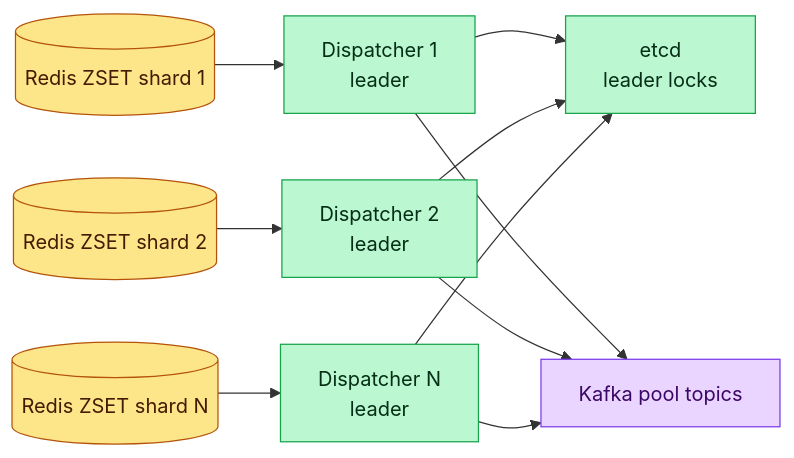
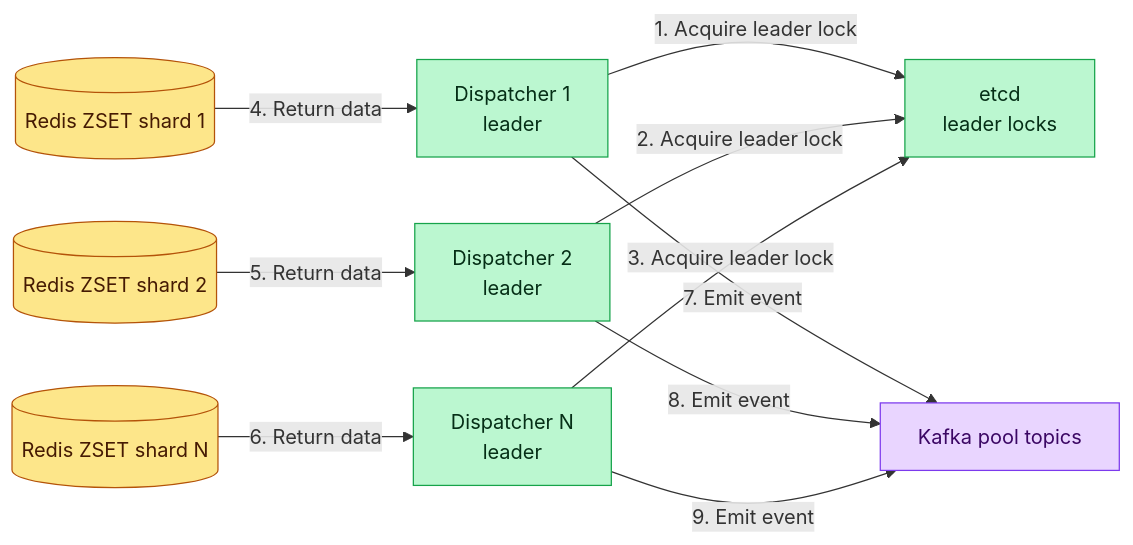
Before and after one commit to iluzn/HLD-Designs: the sixth of 11 diagrams in content/hld/JobScheduler.md, drawn with Mermaid. The commit also changed other lines of this file and 27 other files, not shown here.

````diff
--- a/content/hld/JobScheduler.md
+++ b/content/hld/JobScheduler.md
@@ -443,25 +443,25 @@
 ```mermaid
 flowchart LR
     ZSET1[("Redis ZSET shard 1")]:::data
     ZSET2[("Redis ZSET shard 2")]:::data
     ZSET3[("Redis ZSET shard N")]:::data
     D1["Dispatcher 1<br/>leader"]:::service
     D2["Dispatcher 2<br/>leader"]:::service
     D3["Dispatcher N<br/>leader"]:::service
     ETCD["etcd<br/>leader locks"]:::service
     KAFKA["Kafka pool topics"]:::async
 
-    D1 --> ETCD
-    D2 --> ETCD
-    D3 --> ETCD
-    ZSET1 --> D1
-    ZSET2 --> D2
-    ZSET3 --> D3
-    D1 --> KAFKA
-    D2 --> KAFKA
-    D3 --> KAFKA
+    D1 -->|"1. Acquire leader lock"| ETCD
+    D2 -->|"2. Acquire leader lock"| ETCD
+    D3 -->|"3. Acquire leader lock"| ETCD
+    ZSET1 -->|"4. Return data"| D1
+    ZSET2 -->|"5. Return data"| D2
+    ZSET3 -->|"6. Return data"| D3
+    D1 -->|"7. Emit event"| KAFKA
+    D2 -->|"8. Emit event"| KAFKA
+    D3 -->|"9. Emit event"| KAFKA
 
     classDef service fill:#bbf7d0,stroke:#16a34a,color:#052e16
     classDef async fill:#e9d5ff,stroke:#7c3aed,color:#3b0764
     classDef data fill:#fde68a,stroke:#b45309,color:#451a03
 ```
````
